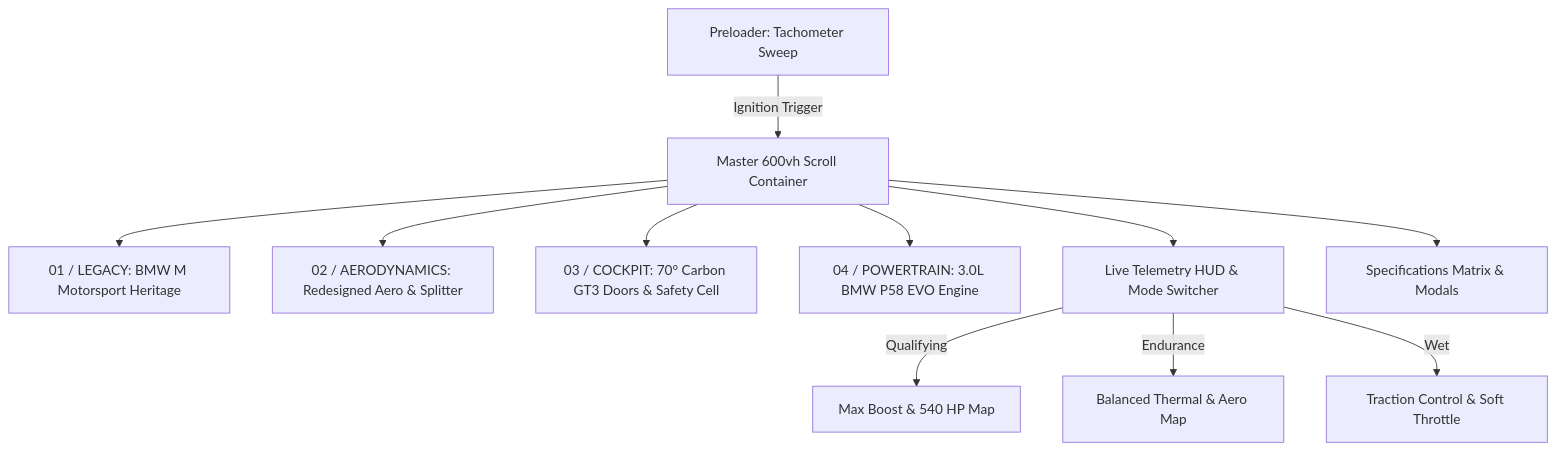
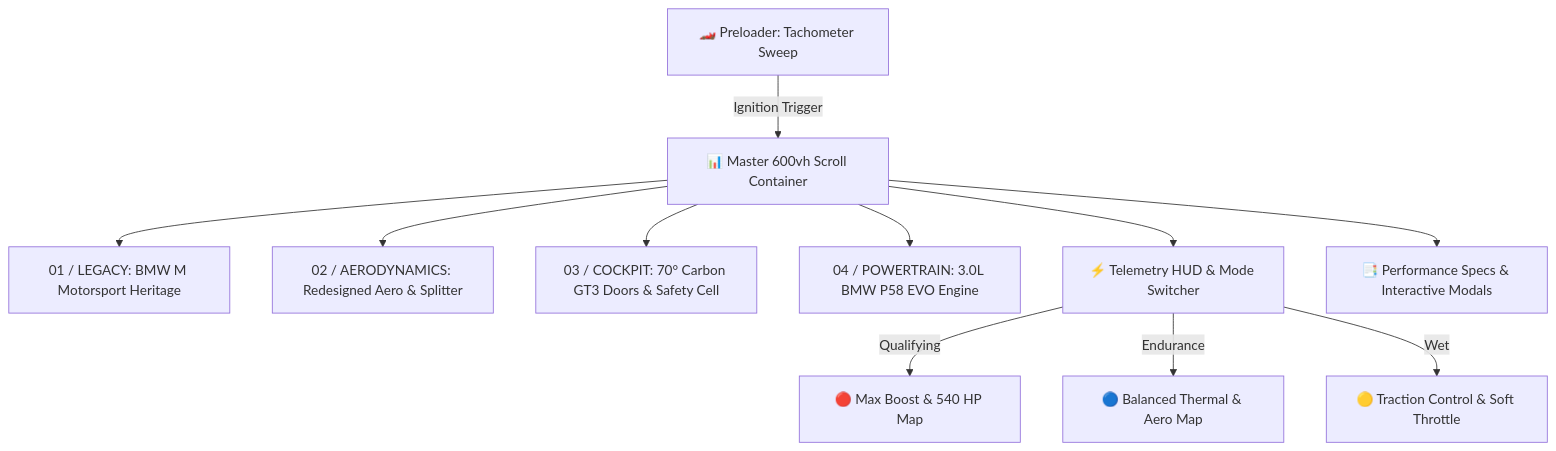
The diagram in README.md (shajith23/bmw), drawn with Mermaid before and after one commit. The commit also changed other lines of this file, not shown here.

Commit message:
docs: update live URL to bmw-pi-ten.vercel.app and enhance README design

````diff
--- a/README.md
+++ b/README.md
@@ -129,13 +145,13 @@
 ```mermaid
 graph TD
-    A[Preloader: Tachometer Sweep] -->|Ignition Trigger| B[Master 600vh Scroll Container]
-    B --> C[01 / LEGACY: BMW M Motorsport Heritage]
-    B --> D[02 / AERODYNAMICS: Redesigned Aero & Splitter]
-    B --> E[03 / COCKPIT: 70° Carbon GT3 Doors & Safety Cell]
-    B --> F[04 / POWERTRAIN: 3.0L BMW P58 EVO Engine]
-    B --> G[Live Telemetry HUD & Mode Switcher]
-    G -->|Qualifying| H[Max Boost & 540 HP Map]
-    G -->|Endurance| I[Balanced Thermal & Aero Map]
-    G -->|Wet| J[Traction Control & Soft Throttle]
-    B --> K[Specifications Matrix & Modals]
+    A["🏎️ Preloader: Tachometer Sweep"] -->|Ignition Trigger| B["📊 Master 600vh Scroll Container"]
+    B --> C["01 / LEGACY: BMW M Motorsport Heritage"]
+    B --> D["02 / AERODYNAMICS: Redesigned Aero & Splitter"]
+    B --> E["03 / COCKPIT: 70° Carbon GT3 Doors & Safety Cell"]
+    B --> F["04 / POWERTRAIN: 3.0L BMW P58 EVO Engine"]
+    B --> G["⚡ Telemetry HUD & Mode Switcher"]
+    G -->|Qualifying| H["🔴 Max Boost & 540 HP Map"]
+    G -->|Endurance| I["🔵 Balanced Thermal & Aero Map"]
+    G -->|Wet| J["🟡 Traction Control & Soft Throttle"]
+    B --> K["📑 Performance Specs & Interactive Modals"]
 ```
````
